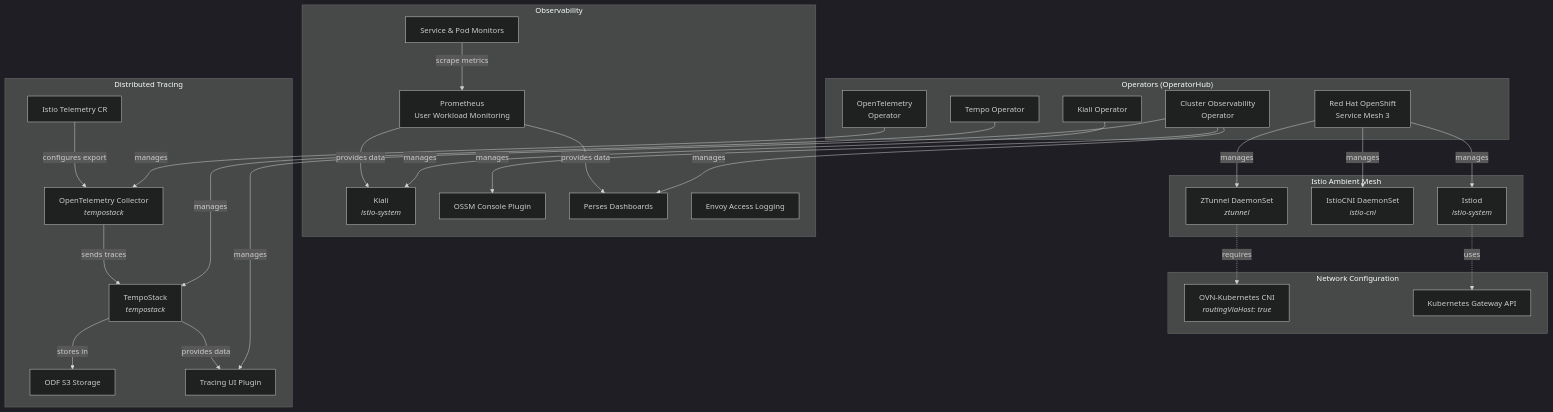
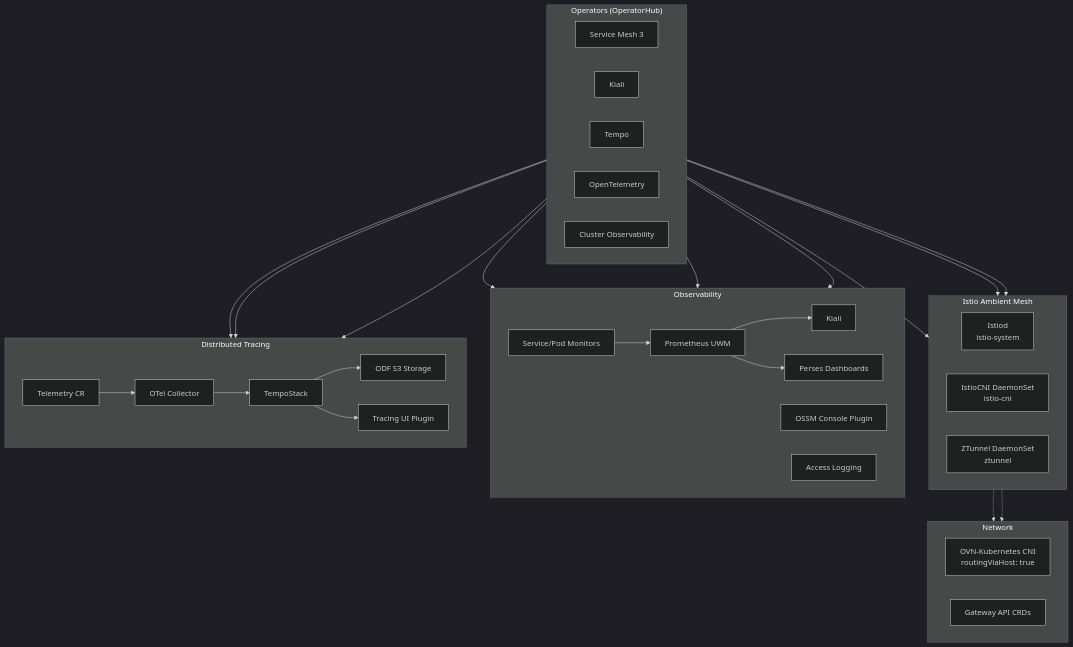
One commit to nikolaus-lemberski/servicemesh-3-demo changed the diagram in INSTALLATION.md. Above: the diagram before and after it, drawn with Mermaid (dark theme).

Commit message:
diagram layout

````diff
--- a/INSTALLATION.md
+++ b/INSTALLATION.md
@@ -5,60 +5,52 @@
 ```mermaid
-graph TB
+graph TD
     subgraph operators["Operators (OperatorHub)"]
-        OSSM3["Red Hat OpenShift<br/>Service Mesh 3"]
-        KialiOp["Kiali Operator"]
-        TempoOp["Tempo Operator"]
-        OTelOp["OpenTelemetry<br/>Operator"]
-        COO["Cluster Observability<br/>Operator"]
+        direction LR
+        OSSM3["Service Mesh 3"]
+        KialiOp["Kiali"]
+        TempoOp["Tempo"]
+        OTelOp["OpenTelemetry"]
+        COO["Cluster Observability"]
     end
 
-    subgraph network["Network Configuration"]
-        OVN["OVN-Kubernetes CNI<br/><i>routingViaHost: true</i>"]
-        GWAPI["Kubernetes Gateway API"]
+    subgraph platform["Network"]
+        direction LR
+        OVN["OVN-Kubernetes CNI<br/>routingViaHost: true"]
+        GWAPI["Gateway API CRDs"]
     end
 
     subgraph mesh["Istio Ambient Mesh"]
-        Istiod["Istiod<br/><i>istio-system</i>"]
-        IstioCNI["IstioCNI DaemonSet<br/><i>istio-cni</i>"]
-        ZTunnel["ZTunnel DaemonSet<br/><i>ztunnel</i>"]
+        direction LR
+        Istiod["Istiod<br/>istio-system"]
+        IstioCNI["IstioCNI DaemonSet<br/>istio-cni"]
+        ZTunnel["ZTunnel DaemonSet<br/>ztunnel"]
     end
 
     subgraph observability["Observability"]
-        Prometheus["Prometheus<br/>User Workload Monitoring"]
-        Monitors["Service & Pod Monitors"]
-        Kiali["Kiali<br/><i>istio-system</i>"]
+        direction LR
+        Monitors["Service/Pod Monitors"] --> Prometheus["Prometheus UWM"]
+        Prometheus --> Kiali["Kiali"]
+        Prometheus --> Perses["Perses Dashboards"]
         OSSMConsole["OSSM Console Plugin"]
-        Perses["Perses Dashboards"]
-        AccessLog["Envoy Access Logging"]
+        AccessLog["Access Logging"]
     end
 
     subgraph tracing["Distributed Tracing"]
-        Tempo["TempoStack<br/><i>tempostack</i>"]
-        OTel["OpenTelemetry Collector<br/><i>tempostack</i>"]
-        S3["ODF S3 Storage"]
-        TracingUI["Tracing UI Plugin"]
-        Telemetry["Istio Telemetry CR"]
+        direction LR
+        Telemetry["Telemetry CR"] --> OTel["OTel Collector"] --> Tempo["TempoStack"]
+        Tempo --> S3["ODF S3 Storage"]
+        Tempo --> TracingUI["Tracing UI Plugin"]
     end
 
-    OSSM3 -->|manages| Istiod
-    OSSM3 -->|manages| IstioCNI
-    OSSM3 -->|manages| ZTunnel
-    KialiOp -->|manages| Kiali
-    TempoOp -->|manages| Tempo
-    OTelOp -->|manages| OTel
-    COO -->|manages| Perses
-    COO -->|manages| OSSMConsole
-    COO -->|manages| TracingUI
-
-    ZTunnel -.->|requires| OVN
-    Istiod -.->|uses| GWAPI
-
-    Monitors -->|scrape metrics| Prometheus
-    Prometheus -->|provides data| Kiali
-    Prometheus -->|provides data| Perses
-
-    Telemetry -->|configures export| OTel
-    OTel -->|sends traces| Tempo
-    Tempo -->|stores in| S3
-    Tempo -->|provides data| TracingUI
+    OSSM3 --> Istiod
+    OSSM3 --> IstioCNI
+    OSSM3 --> ZTunnel
+    Istiod -.-> GWAPI
+    ZTunnel -.-> OVN
+    KialiOp --> Kiali
+    TempoOp --> Tempo
+    OTelOp --> OTel
+    COO --> Perses
+    COO --> OSSMConsole
+    COO --> TracingUI
 ```
````
